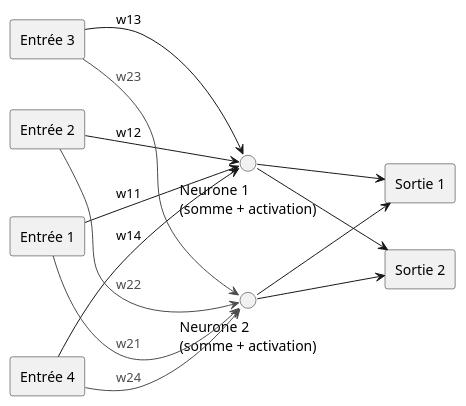
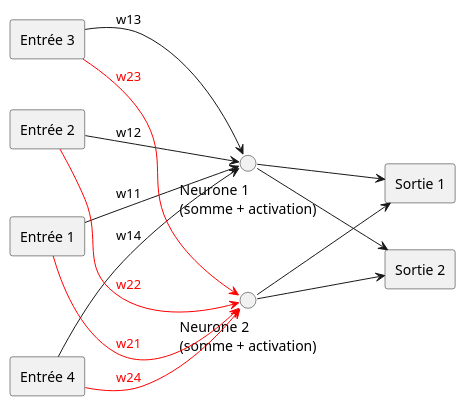
One commit to gandalf-the-white/azuma changed the diagram in README.org. Above: the diagram before and after it, drawn with PlantUML. The commit also changed 1 other file, not shown here.

```diff
--- a/README.org
+++ b/README.org
@@ -165,36 +165,36 @@
 #+begin_src plantuml :file datas/diagram.svg :results silent :exports none 
 @startuml NeuralNetwork
 
-skinparam monochrome true
+skinparam monochrome false
 skinparam shadowing false
 skinparam defaultFontName Arial
 left to right direction
 
 rectangle "Entrée 3" as input3
 rectangle "Entrée 4" as input4
 rectangle "Entrée 1" as input1
 rectangle "Entrée 2" as input2
 
 circle "Neurone 1\n(somme + activation)" as hidden1
 circle "Neurone 2\n(somme + activation)" as hidden2
 
 rectangle "Sortie 1" as output1
 rectangle "Sortie 2" as output2
 
 input1 --> hidden1 : w11
 input2 --> hidden1 : w12
 input3 --> hidden1 : w13
 input4 --> hidden1 : w14
 
 input1 --> hidden2 #red;text:red : w21
 input2 --> hidden2 #red;text:red : w22
 input3 --> hidden2 #red;text:red : w23
 input4 --> hidden2 #red;text:red : w24
 
 hidden1 --> output1
 hidden2 --> output1
 hidden1 --> output2
 hidden2 --> output2
 
 @enduml
 #+end_src
```
